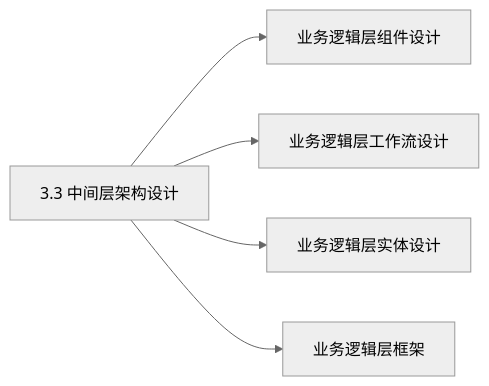
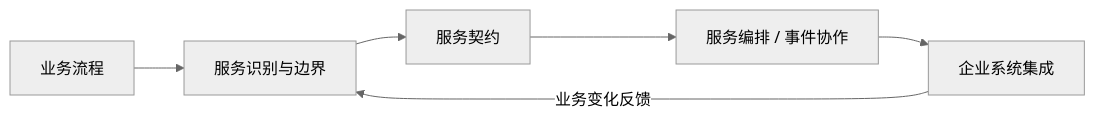
The fifth of 9 diagrams in docs/system-architecture-designer/01_官方大纲与考试政策/02_案例分析大纲脑图.md (mingf423/ruankao), drawn with Mermaid (neutral theme) before and after one commit. The commit also changed other lines of this file, not shown here.

Commit message:
Redesign case diagrams as concise architecture concept maps

````diff
--- a/docs/system-architecture-designer/01_官方大纲与考试政策/02_案例分析大纲脑图.md
+++ b/docs/system-architecture-designer/01_官方大纲与考试政策/02_案例分析大纲脑图.md
@@ -171,12 +68,8 @@
 ```mermaid
 flowchart LR
-  R["3.3 中间层架构设计"]
-  N1["业务逻辑层组件设计"]
-  R --> N1
-  N2["业务逻辑层工作流设计"]
-  R --> N2
-  N3["业务逻辑层实体设计"]
-  R --> N3
-  N4["业务逻辑层框架"]
-  R --> N4
+  A["业务流程"] --> B["服务识别与边界"]
+  B --> C["服务契约"]
+  C --> D["服务编排 / 事件协作"]
+  D --> E["企业系统集成"]
+  E -->|"业务变化反馈"| B
 ```
````
